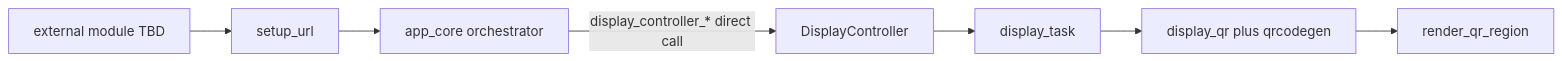
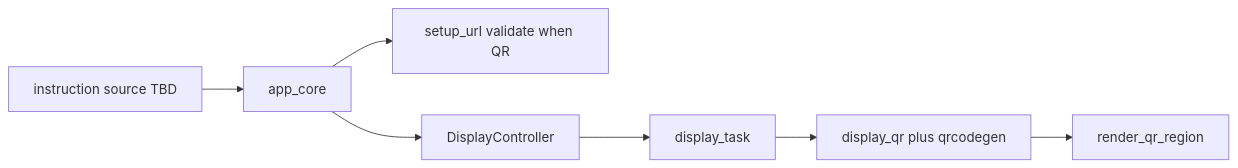
Before and after one commit to galopago/misistemhil: the diagram in b-hil-boards/b06_hil/firmware/docs/qr_encoder_interface.md, drawn with Mermaid. The commit also changed other lines of this file and 6 other files, not shown here.

````diff
--- a/b-hil-boards/b06_hil/firmware/docs/qr_encoder_interface.md
+++ b/b-hil-boards/b06_hil/firmware/docs/qr_encoder_interface.md
@@ -96,9 +88,9 @@
 ```mermaid
 flowchart LR
-    ExternalModule[external module TBD] --> SetupUrl[setup_url]
-    SetupUrl --> AppCore[app_core orchestrator]
-    AppCore -->|"display_controller_* direct call"| DisplayController[DisplayController]
+    InstructionSource[instruction source TBD] --> AppCore[app_core]
+    AppCore --> SetupUrl[setup_url validate when QR]
+    AppCore --> DisplayController[DisplayController]
     DisplayController --> DisplayTask[display_task]
     DisplayTask --> QrEncoder[display_qr plus qrcodegen]
     QrEncoder --> Renderer[render_qr_region]
 ```
````
